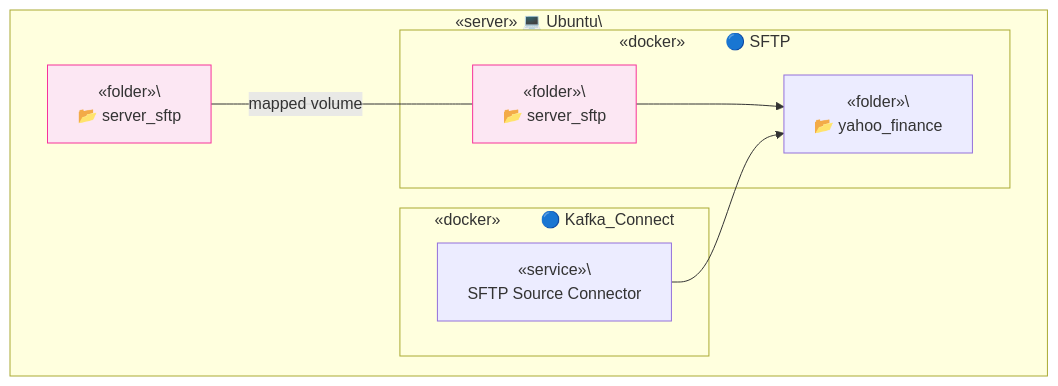
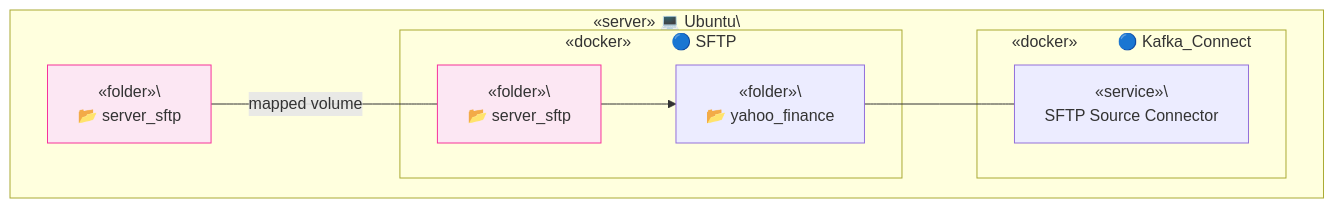
One commit to TrulyDigital/DATA_STREET changed the fifth of 5 diagrams in server_sftp/README.md. Above: the diagram before and after it, drawn with Mermaid.

Commit message:
feat: server-sftp uptade

````diff
--- a/server_sftp/README.md
+++ b/server_sftp/README.md
@@ -96,25 +96,24 @@
 ```mermaid
 graph TD
     subgraph Container_A [«server» 💻 Ubuntu\<br/>]
         A1[«folder»\<br/> 📂 server_sftp]
         A1:::note_a1
 
         subgraph Container_B [«docker»&nbsp;&nbsp;&nbsp;&nbsp;&nbsp;&nbsp;&nbsp;&nbsp;&nbsp;🔵 SFTP]
             B1[«folder»\<br/> 📂 server_sftp]
             B1:::note_b1
             B2[«folder»\<br/> 📂 yahoo_finance]
         end
 
         subgraph Container_C [«docker»&nbsp;&nbsp;&nbsp;&nbsp;&nbsp;&nbsp;&nbsp;&nbsp;&nbsp;🔵 Kafka_Connect]
             C1[«service»\<br/> SFTP Source Connector]
         end
 
         A1 -- mapped volume --- B1
         B1 --> B2
-
-        C1 --> B2
+        B2 --- C1
 
         classDef note_a1 fill:#fce7f3,stroke:#f6339a,stroke-width:1px;
         classDef note_b1 fill:#fce7f3,stroke:#f6339a,stroke-width:1px;
     end
 ```
````
